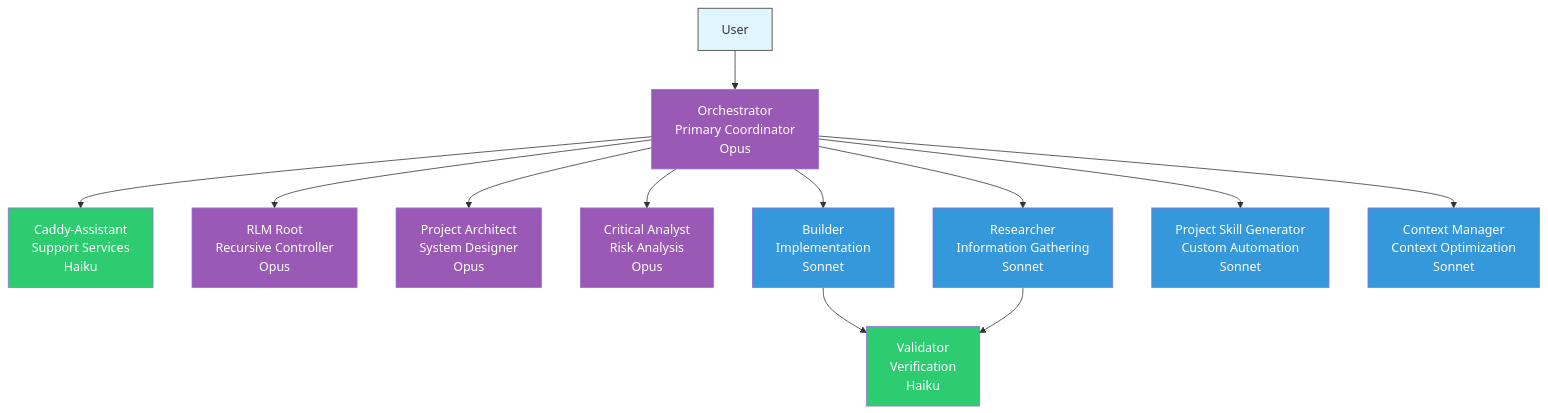
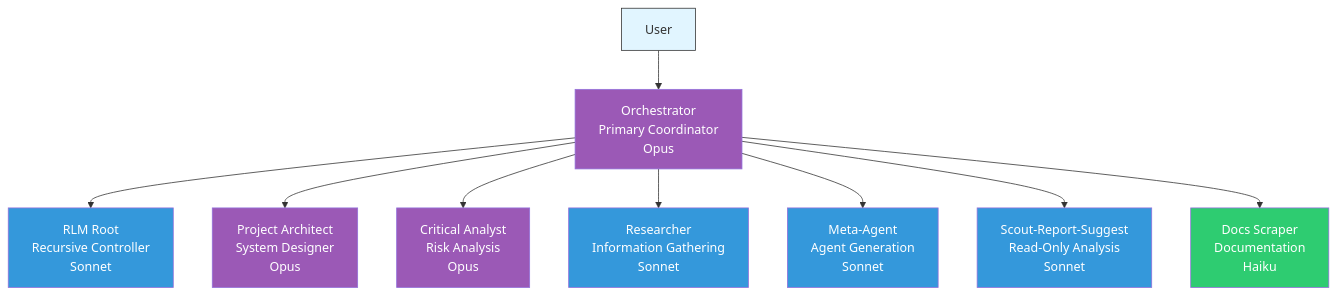
One commit to abujiletsgo/claude-agentic-framework changed the first of 4 diagrams in docs/ROLES_AND_RESPONSIBILITIES.md. Above: the diagram before and after it, drawn with Mermaid. The commit also changed other lines of this file and 3 other files, not shown here.

First line of the commit message:
docs: fix stale agent/hook counts, add RLM explanation, update roles doc

````diff
--- a/docs/ROLES_AND_RESPONSIBILITIES.md
+++ b/docs/ROLES_AND_RESPONSIBILITIES.md
@@ -26,29 +26,22 @@
 ```mermaid
 graph TD
     User[User] --> Orchestrator[Orchestrator<br/>Primary Coordinator<br/>Opus]
 
-    Orchestrator --> CaddyAssist[Caddy-Assistant<br/>Support Services<br/>Haiku]
-    Orchestrator --> RLM[RLM Root<br/>Recursive Controller<br/>Opus]
+    Orchestrator --> RLM[RLM Root<br/>Recursive Controller<br/>Sonnet]
     Orchestrator --> ProjectArch[Project Architect<br/>System Designer<br/>Opus]
     Orchestrator --> Analyst[Critical Analyst<br/>Risk Analysis<br/>Opus]
-
-    Orchestrator --> Builder[Builder<br/>Implementation<br/>Sonnet]
     Orchestrator --> Researcher[Researcher<br/>Information Gathering<br/>Sonnet]
-    Orchestrator --> PSG[Project Skill Generator<br/>Custom Automation<br/>Sonnet]
-    Orchestrator --> ContextMgr[Context Manager<br/>Context Optimization<br/>Sonnet]
-
-    Builder --> Validator[Validator<br/>Verification<br/>Haiku]
-    Researcher --> Validator
+    Orchestrator --> MetaAgent[Meta-Agent<br/>Agent Generation<br/>Sonnet]
+    Orchestrator --> Scout[Scout-Report-Suggest<br/>Read-Only Analysis<br/>Sonnet]
+    Orchestrator --> DocsScraper[Docs Scraper<br/>Documentation<br/>Haiku]
 
     style User fill:#e1f5ff,stroke:#333
     style Orchestrator fill:#9b59b6,color:#fff
-    style CaddyAssist fill:#2ecc71,color:#fff
-    style RLM fill:#9b59b6,color:#fff
+    style RLM fill:#3498db,color:#fff
     style ProjectArch fill:#9b59b6,color:#fff
     style Analyst fill:#9b59b6,color:#fff
-    style Builder fill:#3498db,color:#fff
     style Researcher fill:#3498db,color:#fff
-    style PSG fill:#3498db,color:#fff
-    style Validator fill:#2ecc71,color:#fff
-    style ContextMgr fill:#3498db,color:#fff
+    style MetaAgent fill:#3498db,color:#fff
+    style Scout fill:#3498db,color:#fff
+    style DocsScraper fill:#2ecc71,color:#fff
 ```
````
